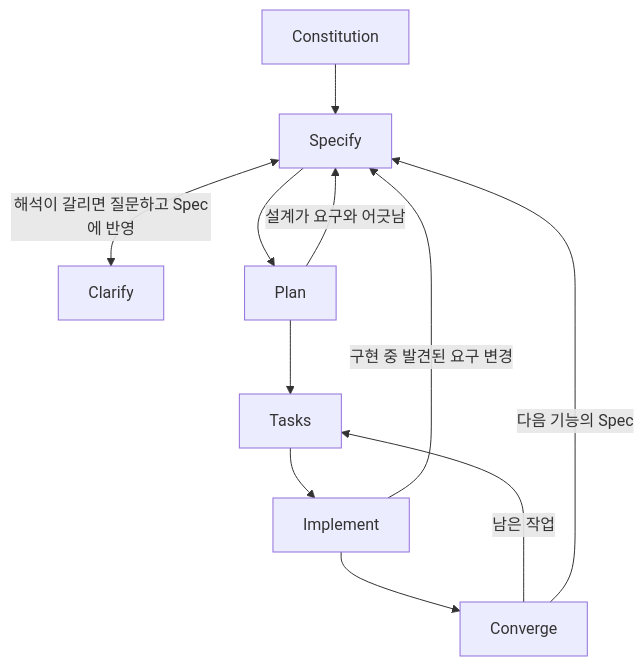
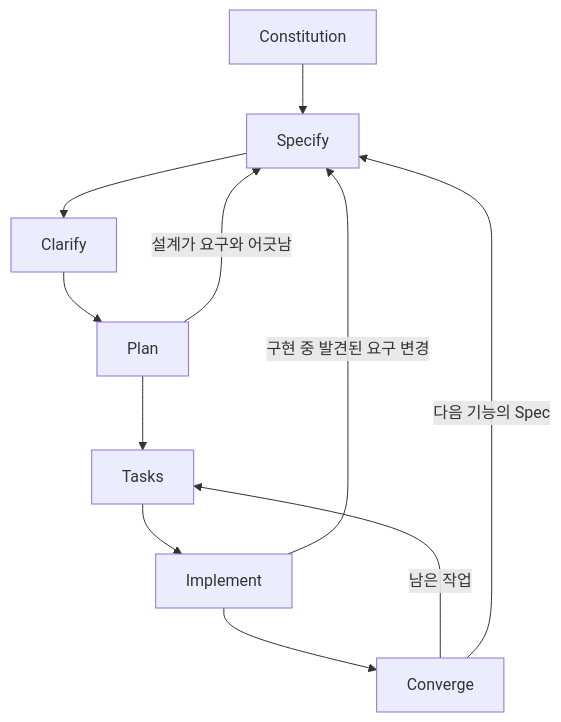
The diagram in README.md (00700lsm/sdd-test), drawn with Mermaid before and after one commit. The commit also changed other lines of this file, not shown here.

Commit message:
docs: route the SDD cycle through clarify
Keep Specify, Clarify, and Plan in that order so the forward path matches the command sequence.

````diff
--- a/README.md
+++ b/README.md
@@ -20,18 +20,16 @@
 ```mermaid
 flowchart TD
   constitution[Constitution]
   specify[Specify]
   clarify[Clarify]
   plan[Plan]
   tasks[Tasks]
   implement[Implement]
   converge[Converge]
 
-  constitution --> specify
-  specify --> plan --> tasks --> implement --> converge
-  specify <-->|해석이 갈리면 질문하고 Spec에 반영| clarify
+  constitution --> specify --> clarify --> plan --> tasks --> implement --> converge
   plan -->|설계가 요구와 어긋남| specify
   implement -->|구현 중 발견된 요구 변경| specify
   converge -->|남은 작업| tasks
   converge -->|다음 기능의 Spec| specify
 ```
````
